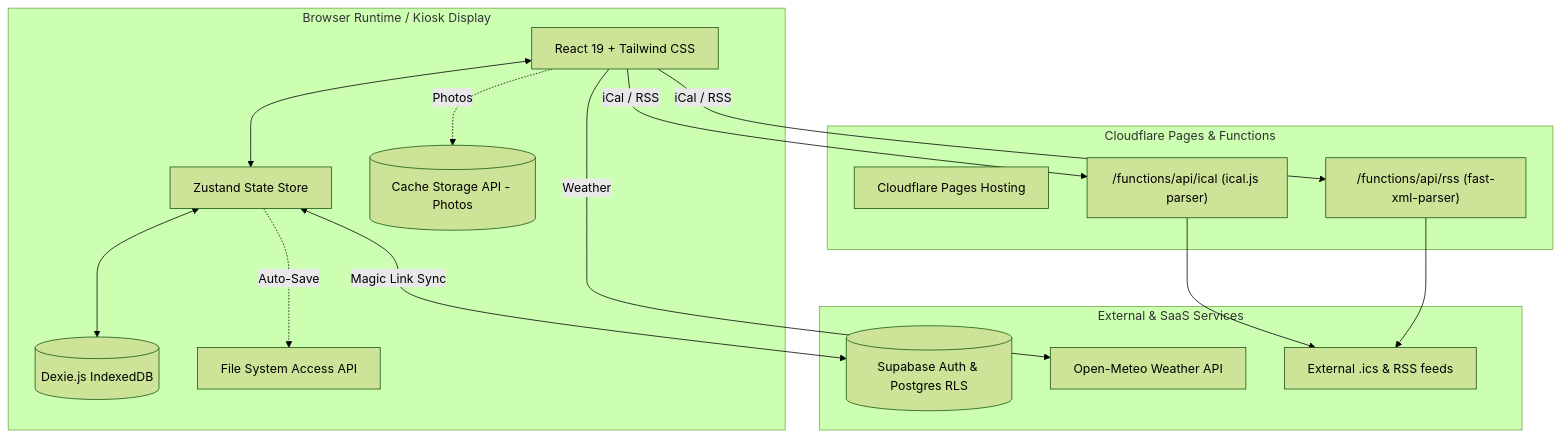
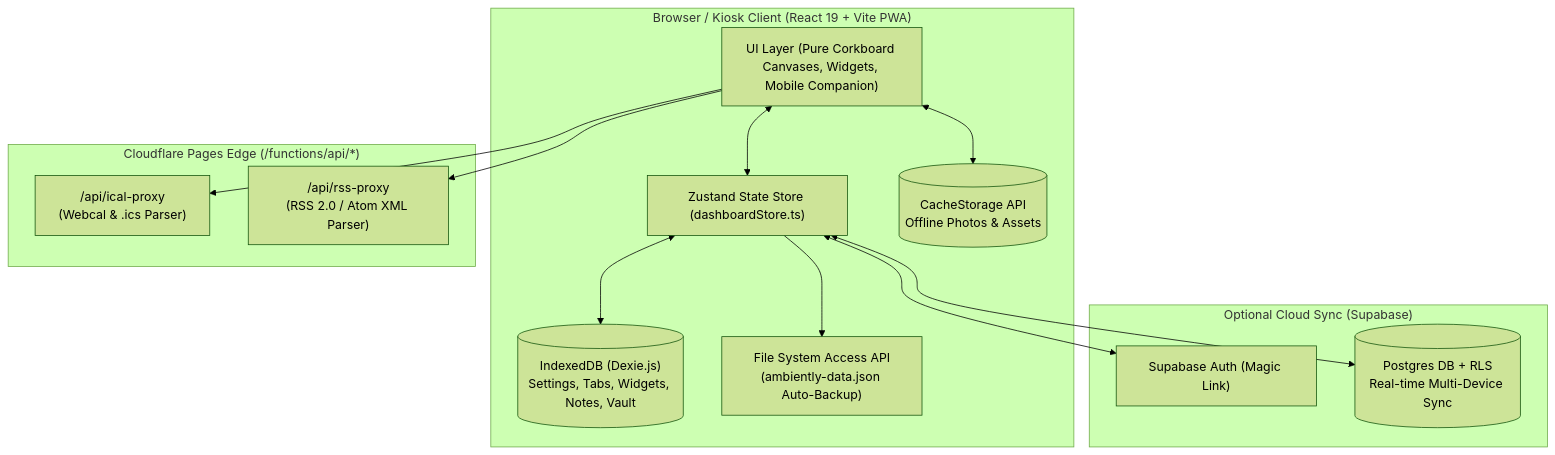
The diagram in ARCHITECTURE.md (Genghis1227/ambiently), drawn with Mermaid (forest theme) before and after one commit. The commit also changed other lines of this file and 9 other files, not shown here.

````diff
--- a/ARCHITECTURE.md
+++ b/ARCHITECTURE.md
@@ -9,33 +7,29 @@
 ```mermaid
-flowchart TD
-  subgraph Client [Browser Runtime / Kiosk Display]
-    UI[React 19 + Tailwind CSS]
-    Store[Zustand State Store]
-    Dexie[(Dexie.js IndexedDB)]
-    FileSystem[File System Access API]
-    CacheAPI[(Cache Storage API - Photos)]
-  end
+flowchart TB
+    subgraph Client ["Browser / Kiosk Client (React 19 + Vite PWA)"]
+        UI["UI Layer (Pure Corkboard Canvases, Widgets, Mobile Companion)"]
+        Store["Zustand State Store (dashboardStore.ts)"]
+        IDB[("IndexedDB (Dexie.js)\nSettings, Tabs, Widgets, Notes, Vault")]
+        Cache[("CacheStorage API\nOffline Photos & Assets")]
+        FSA["File System Access API\n(ambiently-data.json Auto-Backup)"]
+    end
 
-  subgraph Edge [Cloudflare Pages & Functions]
-    CFPages[Cloudflare Pages Hosting]
-    ICALFunc["/functions/api/ical (ical.js parser)"]
-    RSSFunc["/functions/api/rss (fast-xml-parser)"]
-  end
+    subgraph Edge ["Cloudflare Pages Edge (/functions/api/*)"]
+        ICalProxy["/api/ical-proxy\n(Webcal & .ics Parser)"]
+        RssProxy["/api/rss-proxy\n(RSS 2.0 / Atom XML Parser)"]
+    end
 
-  subgraph Cloud [External & SaaS Services]
-    Supabase[(Supabase Auth & Postgres RLS)]
-    OpenMeteo[Open-Meteo Weather API]
-    ExternalFeeds[External .ics & RSS feeds]
-  end
+    subgraph Cloud ["Optional Cloud Sync (Supabase)"]
+        Auth["Supabase Auth (Magic Link)"]
+        PG[("Postgres DB + RLS\nReal-time Multi-Device Sync")]
+    end
 
-  UI <--> Store
-  Store <--> Dexie
-  Store -.->|Auto-Save| FileSystem
-  UI -.->|Photos| CacheAPI
-  
-  UI -->|Weather| OpenMeteo
-  UI -->|iCal / RSS| ICALFunc & RSSFunc
-  ICALFunc & RSSFunc --> ExternalFeeds
-  
-  Store <-->|Magic Link Sync| Supabase
+    UI <--> Store
+    Store <--> IDB
+    Store --> FSA
+    UI <--> Cache
+    UI --> ICalProxy
+    UI --> RssProxy
+    Store <--> Auth
+    Store <--> PG
 ```
````
